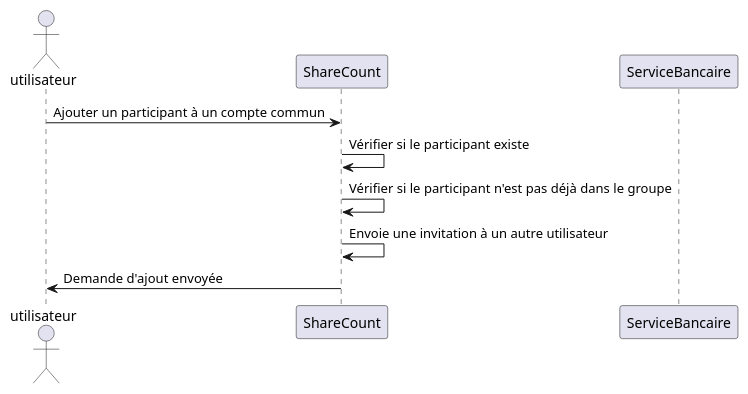
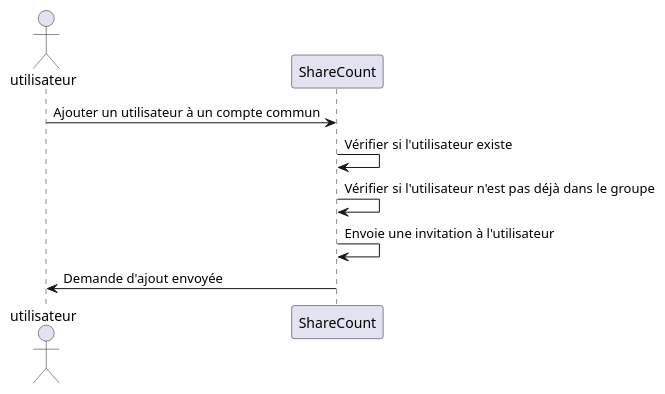
The diagram in diagrammes/specification/sequence/Inviter-Ajouter-un-participant.puml (lmtb06/sharecount), drawn with PlantUML before and after one commit. The commit also changed 5 other files, not shown here.

Commit message:
modifier les diagrammes de séquence

```diff
--- a/diagrammes/specification/sequence/Inviter-Ajouter-un-participant.puml
+++ b/diagrammes/specification/sequence/Inviter-Ajouter-un-participant.puml
@@ -1,13 +1,12 @@
 @startuml  Inviter/Ajouter un participant
 
 actor utilisateur as u
 participant ShareCount as sc
-participant ServiceBancaire as sb
 
-u -> sc : Ajouter un participant à un compte commun
-sc -> sc : Vérifier si le participant existe
-sc -> sc : Vérifier si le participant n'est pas déjà dans le groupe
-sc -> sc : Envoie une invitation à un autre utilisateur 
+u -> sc : Ajouter un utilisateur à un compte commun
+sc -> sc : Vérifier si l'utilisateur existe
+sc -> sc : Vérifier si l'utilisateur n'est pas déjà dans le groupe
+sc -> sc : Envoie une invitation à l'utilisateur 
 sc -> u : Demande d'ajout envoyée
 
 @enduml
```
